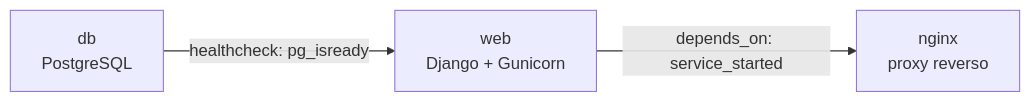
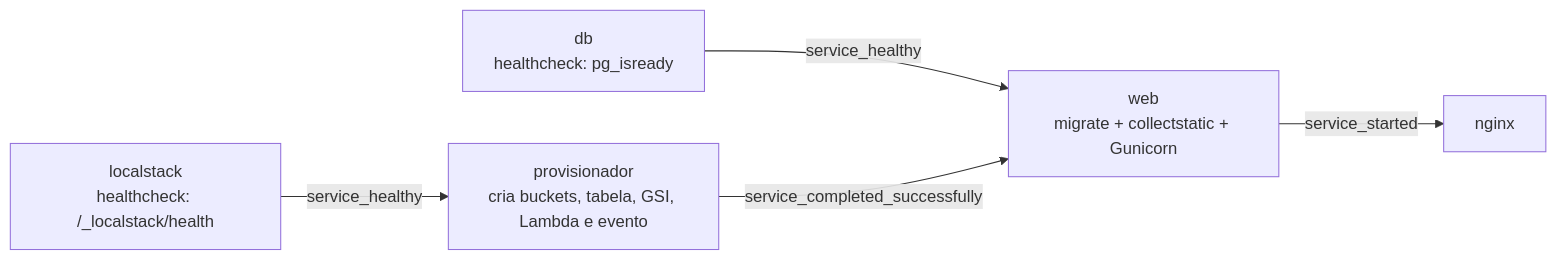
The third of 8 diagrams in docs/arquitetura.md (analaress/django-upload-docker), drawn with Mermaid before and after one commit. The commit also changed other lines of this file and 37 other files, not shown here.

````diff
--- a/docs/arquitetura.md
+++ b/docs/arquitetura.md
@@ -64,5 +142,13 @@
 ```mermaid
 flowchart LR
-    db["db<br/>PostgreSQL"] -->|"healthcheck: pg_isready"| web["web<br/>Django + Gunicorn"]
-    web -->|"depends_on: service_started"| nginx["nginx<br/>proxy reverso"]
+    db["db<br/>healthcheck: pg_isready"]
+    ls["localstack<br/>healthcheck: /_localstack/health"]
+    prov["provisionador<br/>cria buckets, tabela, GSI, Lambda e evento"]
+    web["web<br/>migrate + collectstatic + Gunicorn"]
+    nginx["nginx"]
+
+    db -->|"service_healthy"| web
+    ls -->|"service_healthy"| prov
+    prov -->|"service_completed_successfully"| web
+    web -->|"service_started"| nginx
 ```
````
